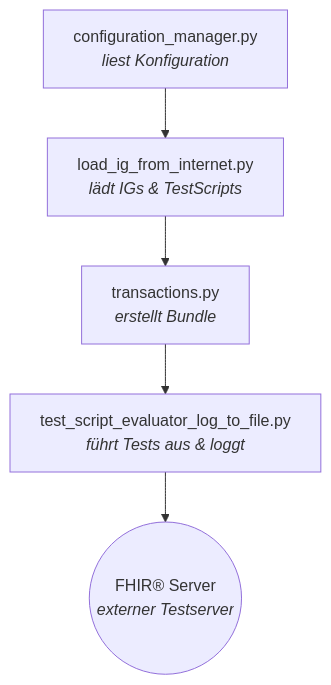
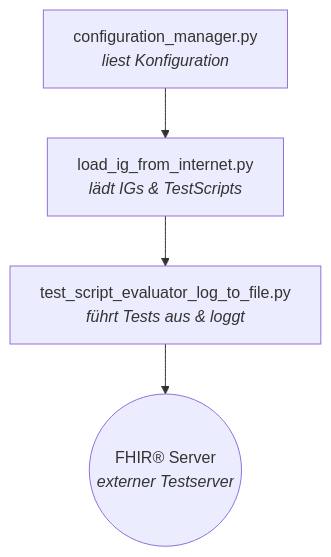
The first of 2 diagrams in README.md (HL7Austria/HL7-AT-TestFhiry-TestRunner), drawn with Mermaid before and after one commit. The commit also changed other lines of this file and 46 other files, not shown here.

````diff
--- a/README.md
+++ b/README.md
@@ -118,7 +116,7 @@
 ```mermaid
 flowchart TD
-    A[configuration_manager.py<br/><i>liest Konfiguration</i>] --> B[load_ig_from_internet.py<br/><i>lädt IGs & TestScripts</i>]
-    B --> C[transactions.py<br/><i>erstellt Bundle</i>]
-    C --> D[test_script_evaluator_log_to_file.py<br/><i>führt Tests aus & loggt</i>]
-    D --> E((FHIR® Server<br/><i>externer Testserver</i>))
+    A[configuration_manager.py<br/><i>liest Konfiguration</i>] 
+    A--> B[load_ig_from_internet.py<br/><i>lädt IGs & TestScripts</i>]
+    B --> C[test_script_evaluator_log_to_file.py<br/><i>führt Tests aus & loggt</i>]
+    C --> D((FHIR® Server<br/><i>externer Testserver</i>))
 ```
````
